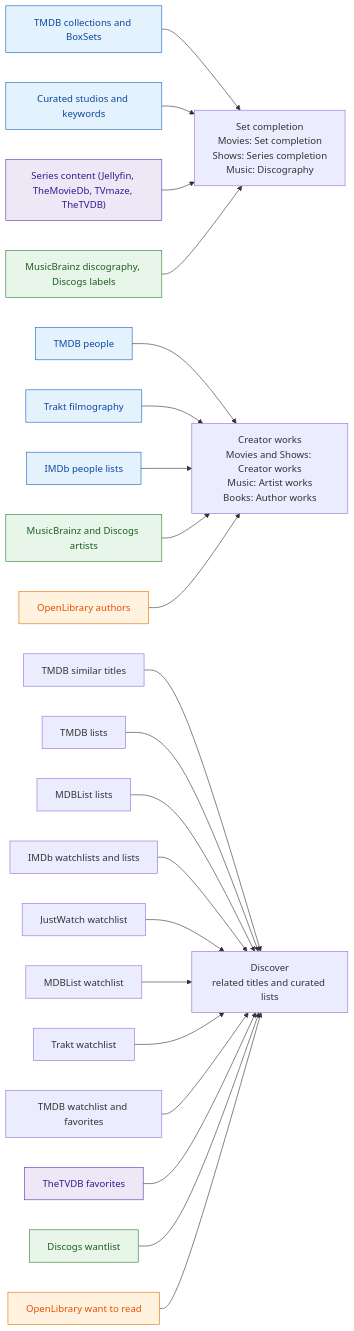
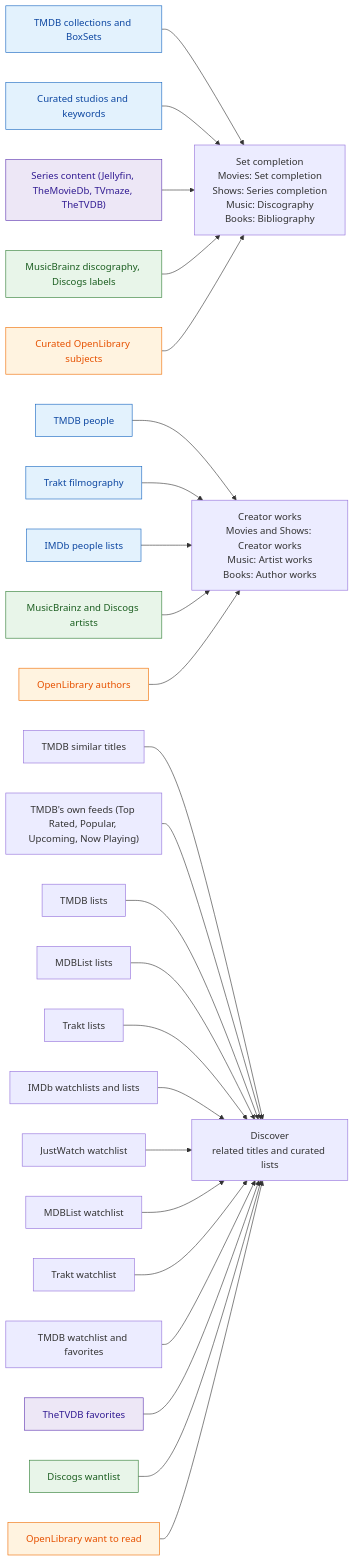
One commit to IDisposable/jellyfin-plugin-mindthegaps changed the diagram in README.md. Above: the diagram before and after it, drawn with Mermaid. The commit also changed other lines of this file and 44 other files, not shown here.

````diff
--- a/README.md
+++ b/README.md
@@ -52,34 +52,37 @@
 ```mermaid
 flowchart LR
     classDef movies fill:#e3f2fd,stroke:#1565c0,color:#0d47a1;
     classDef shows fill:#ede7f6,stroke:#5e35b1,color:#311b92;
     classDef music fill:#e8f5e9,stroke:#2e7d32,color:#1b5e20;
     classDef books fill:#fff3e0,stroke:#ef6c00,color:#e65100;
 
     col["TMDB collections and BoxSets"]:::movies --> SET
     cur["Curated studios and keywords"]:::movies --> SET
     ser["Series content (Jellyfin, TheMovieDb, TVmaze, TheTVDB)"]:::shows --> SET
     mbd["MusicBrainz discography, Discogs labels"]:::music --> SET
+    cbs["Curated OpenLibrary subjects"]:::books --> SET
 
     ppl["TMDB people"]:::movies --> CRE
     trk["Trakt filmography"]:::movies --> CRE
     ipl["IMDb people lists"]:::movies --> CRE
     art["MusicBrainz and Discogs artists"]:::music --> CRE
     aut["OpenLibrary authors"]:::books --> CRE
 
     sim["TMDB similar titles"] --> DIS
+    tdf["TMDB's own feeds (Top Rated, Popular, Upcoming, Now Playing)"] --> DIS
     tli["TMDB lists"] --> DIS
     mli["MDBList lists"] --> DIS
+    trl["Trakt lists"] --> DIS
     ili["IMDb watchlists and lists"] --> DIS
     jwl["JustWatch watchlist"] --> DIS
     mwl["MDBList watchlist"] --> DIS
     twl["Trakt watchlist"] --> DIS
     tmw["TMDB watchlist and favorites"] --> DIS
     tvf["TheTVDB favorites"]:::shows --> DIS
     dwl["Discogs wantlist"]:::music --> DIS
     owl["OpenLibrary want to read"]:::books --> DIS
 
-    SET["Set completion<br/>Movies: Set completion<br/>Shows: Series completion<br/>Music: Discography"]
+    SET["Set completion<br/>Movies: Set completion<br/>Shows: Series completion<br/>Music: Discography<br/>Books: Bibliography"]
     CRE["Creator works<br/>Movies and Shows: Creator works<br/>Music: Artist works<br/>Books: Author works"]
     DIS["Discover<br/>related titles and curated lists"]
 ```
````
